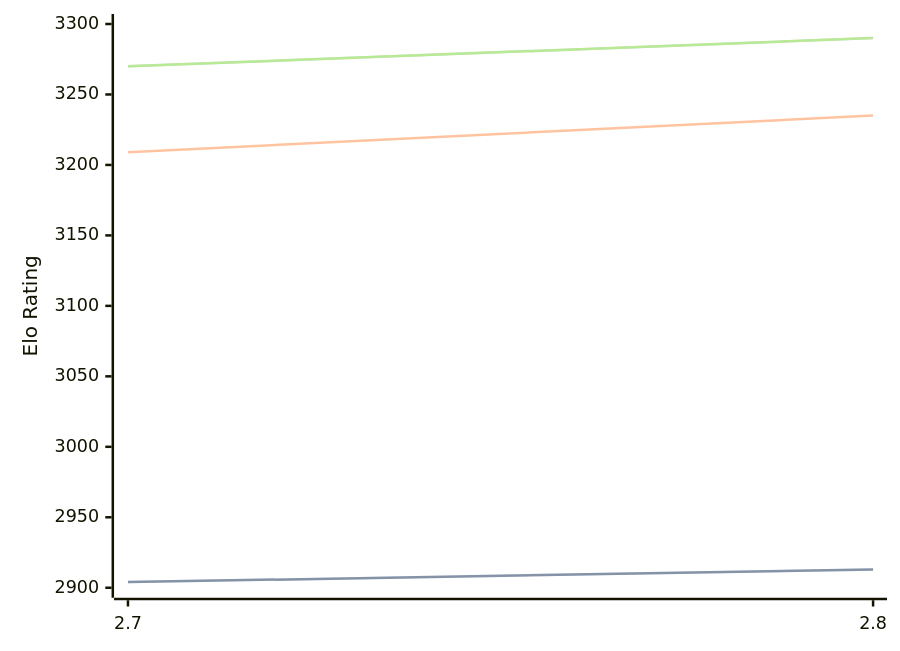
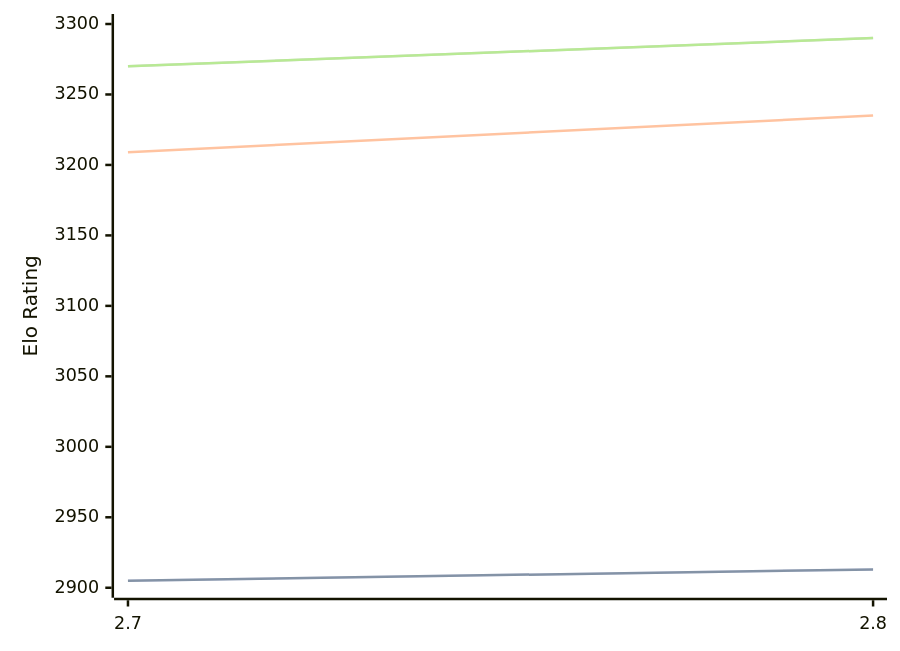
The diagram in engines/Arcanum.md (computer-chess-index/cci), drawn with Mermaid before and after one commit. The commit also changed other lines of this file, not shown here.

````diff
--- a/engines/Arcanum.md
+++ b/engines/Arcanum.md
@@ -32,11 +32,11 @@
 ```mermaid
 %%{init: {"theme":"base","themeVariables":{"seriesColors:['#a3a3a3','#222221','#faa371']}}}%%
 xychart-beta
   x-axis ["2.7", "2.8"]
   y-axis "Elo Rating" 2900 --> 3300
-  line "" [2904, 2913]
-  line "STC (8.0+0.08s)" [2904, 2913]
+  line "" [2905, 2913]
+  line "STC (8.0+0.08s)" [2905, 2913]
   line "LTC (60.0+0.60s)" [3209, 3235]
   line "" [3270, 3290]
   line "VLTC (2m24s+1.12s)" [3270, 3290]
 ```
````
